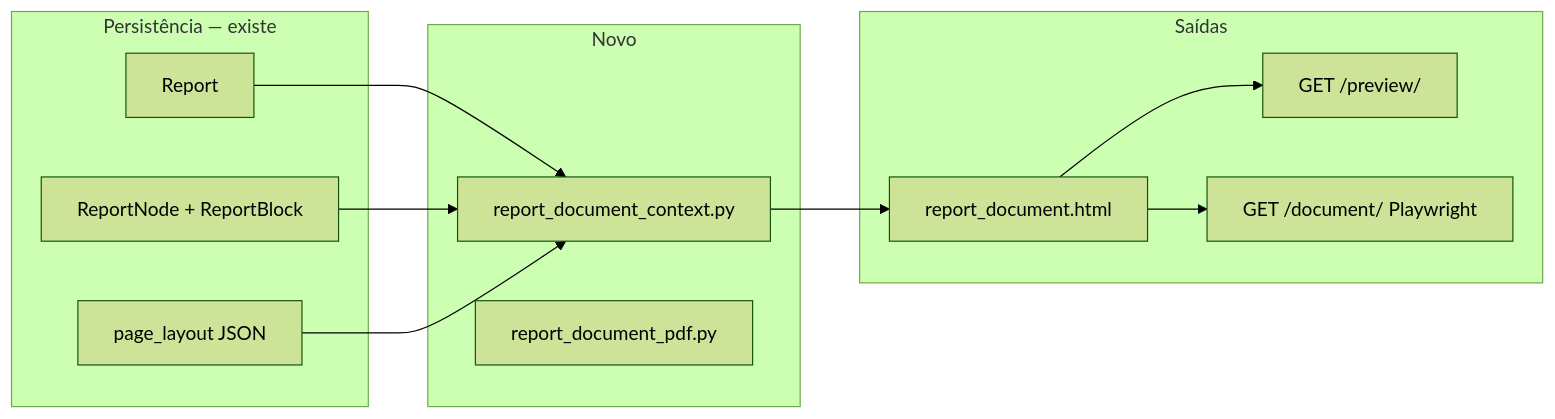
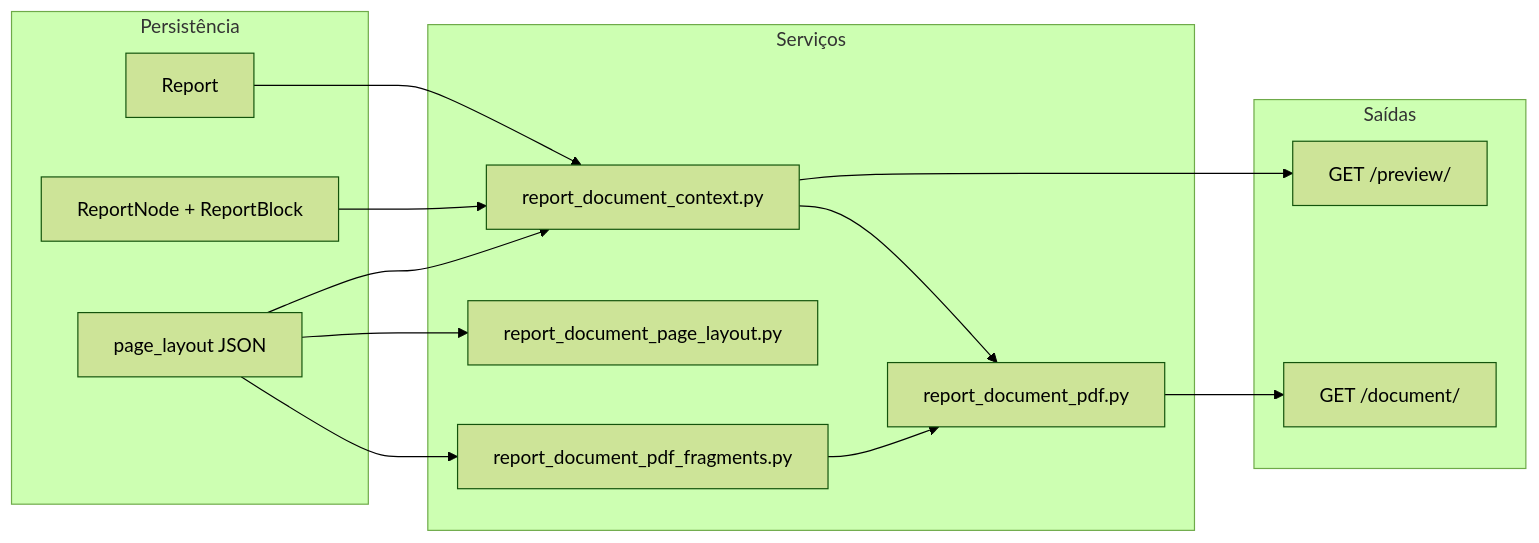
The diagram in docs/architecture/08-report-document-render.md (PeritoCriminal/reportline), drawn with Mermaid (forest theme) before and after one commit. The commit also changed other lines of this file and 5 other files, not shown here.

First line of the commit message:
docs(reports): atualizar documentação do pipeline preview/PDF (Fases 0-2)

````diff
--- a/docs/architecture/08-report-document-render.md
+++ b/docs/architecture/08-report-document-render.md
@@ -24,26 +24,30 @@
 ```mermaid
 flowchart LR
-  subgraph persist [Persistência — existe]
+  subgraph persist [Persistência]
     R[Report]
     N[ReportNode + ReportBlock]
     PL[page_layout JSON]
   end
 
-  subgraph pipeline [Novo]
+  subgraph pipeline [Serviços]
     C[report_document_context.py]
+    L[report_document_page_layout.py]
+    F[report_document_pdf_fragments.py]
     P[report_document_pdf.py]
   end
 
   subgraph out [Saídas]
-    HTML[report_document.html]
     PRE[GET /preview/]
-    PDF[GET /document/ Playwright]
+    PDF[GET /document/]
   end
 
   R --> C
   N --> C
   PL --> C
-  C --> HTML
-  HTML --> PRE
-  HTML --> PDF
+  C --> PRE
+  C --> P
+  PL --> L
+  PL --> F
+  F --> P
+  P --> PDF
 ```
````
